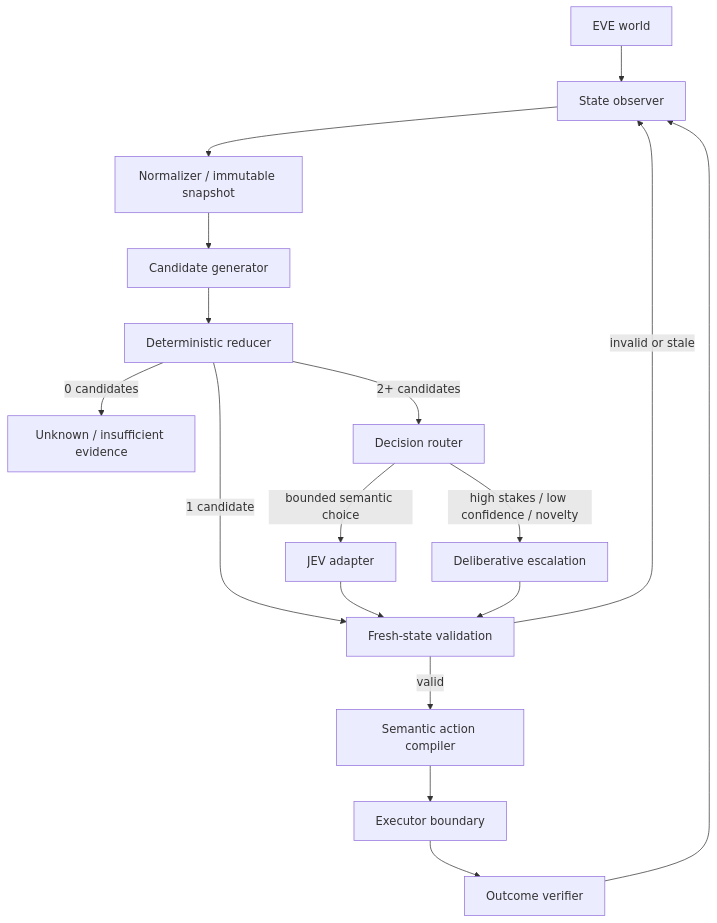
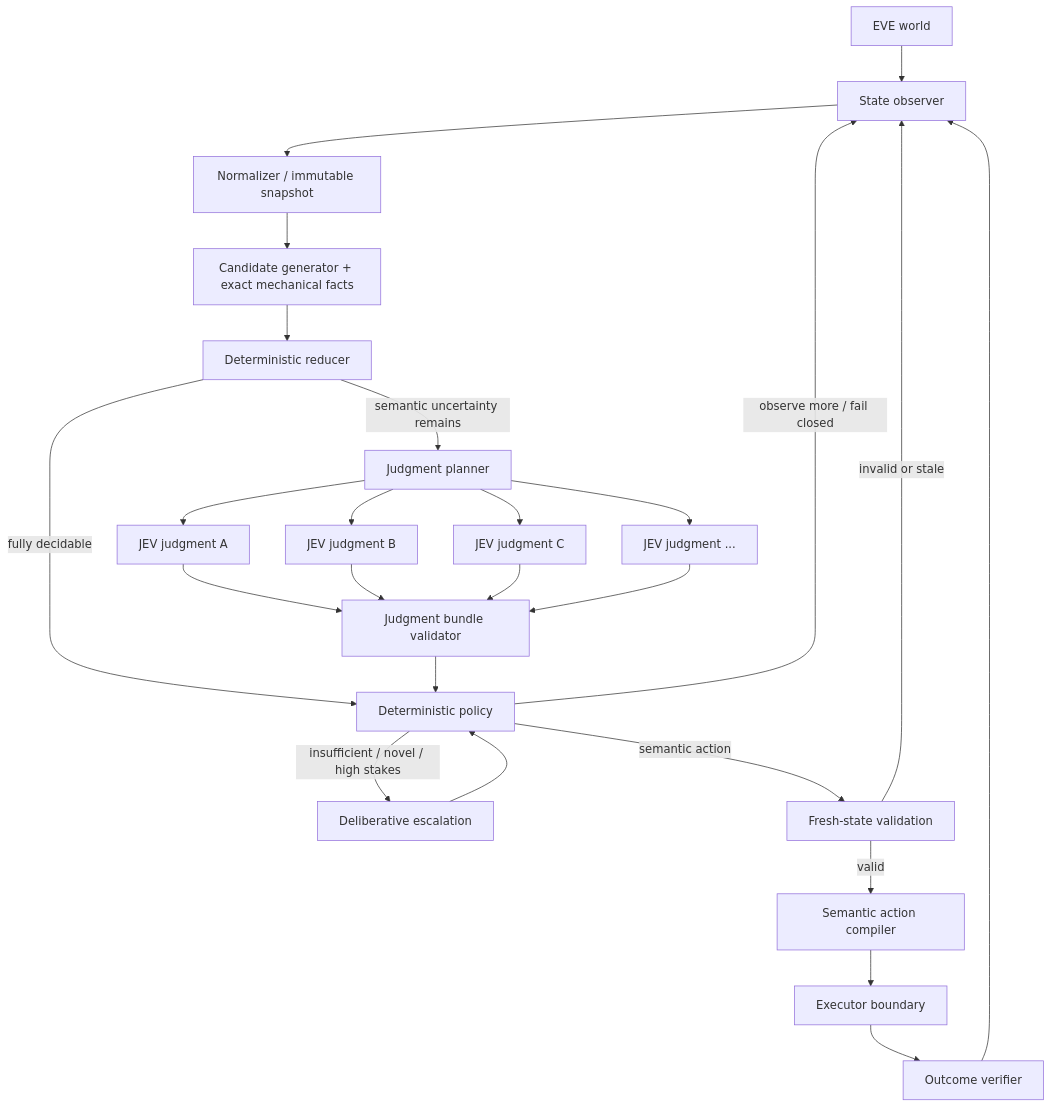
Before and after one commit to 4i7/JEVe: the diagram in README.md, drawn with Mermaid. The commit also changed other lines of this file and 6 other files, not shown here.

First line of the commit message:
Make JEV a probabilistic semantic evidence layer

````diff
--- a/README.md
+++ b/README.md
@@ -49,22 +101,33 @@
 ```mermaid
 flowchart TD
     W[EVE world] --> O[State observer]
     O --> N[Normalizer / immutable snapshot]
-    N --> C[Candidate generator]
+    N --> C[Candidate generator + exact mechanical facts]
     C --> R[Deterministic reducer]
 
-    R -->|0 candidates| U[Unknown / insufficient evidence]
-    R -->|1 candidate| V[Fresh-state validation]
-    R -->|2+ candidates| D[Decision router]
+    R -->|fully decidable| P[Deterministic policy]
+    R -->|semantic uncertainty remains| JP[Judgment planner]
 
-    D -->|bounded semantic choice| J[JEV adapter]
-    D -->|high stakes / low confidence / novelty| L[Deliberative escalation]
-    J --> V
-    L --> V
+    JP --> Q1[JEV judgment A]
+    JP --> Q2[JEV judgment B]
+    JP --> Q3[JEV judgment C]
+    JP --> QN[JEV judgment ...]
+
+    Q1 --> JB[Judgment bundle validator]
+    Q2 --> JB
+    Q3 --> JB
+    QN --> JB
+
+    JB --> P
+    P -->|insufficient / novel / high stakes| D[Deliberative escalation]
+    D --> P
+
+    P -->|semantic action| V[Fresh-state validation]
+    P -->|observe more / fail closed| O
 
     V -->|invalid or stale| O
     V -->|valid| A[Semantic action compiler]
     A --> E[Executor boundary]
     E --> Q[Outcome verifier]
     Q --> O
 ```
````
